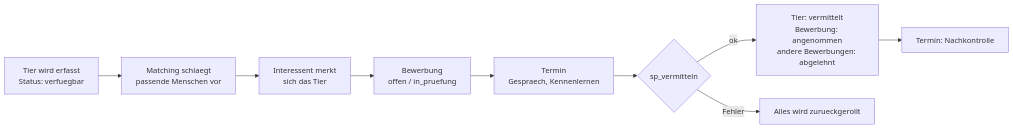
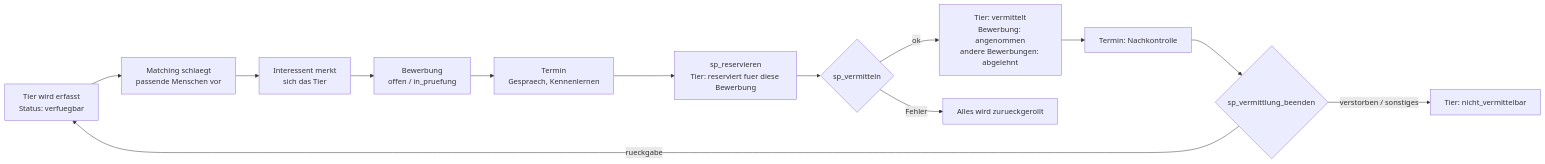
Before and after one commit to ImmortalCanary/Paws-Match: the second of 4 diagrams in README.md, drawn with Mermaid. The commit also changed other lines of this file and 28 other files, not shown here.

````diff
--- a/README.md
+++ b/README.md
@@ -383,11 +421,15 @@
 ```mermaid
 flowchart LR
     A[Tier wird erfasst<br/>Status: verfuegbar] --> B[Matching schlaegt<br/>passende Menschen vor]
     B --> C[Interessent merkt<br/>sich das Tier]
     C --> D[Bewerbung<br/>offen / in_pruefung]
     D --> E[Termin<br/>Gespraech, Kennenlernen]
-    E --> F{sp_vermitteln}
+    E --> R[sp_reservieren<br/>Tier: reserviert fuer diese Bewerbung]
+    R --> F{sp_vermitteln}
     F -->|ok| G[Tier: vermittelt<br/>Bewerbung: angenommen<br/>andere Bewerbungen: abgelehnt]
     F -->|Fehler| H[Alles wird zurueckgerollt]
     G --> I[Termin: Nachkontrolle]
+    I --> J{sp_vermittlung_beenden}
+    J -->|rueckgabe| A
+    J -->|verstorben / sonstiges| K[Tier: nicht_vermittelbar]
 ```
````
